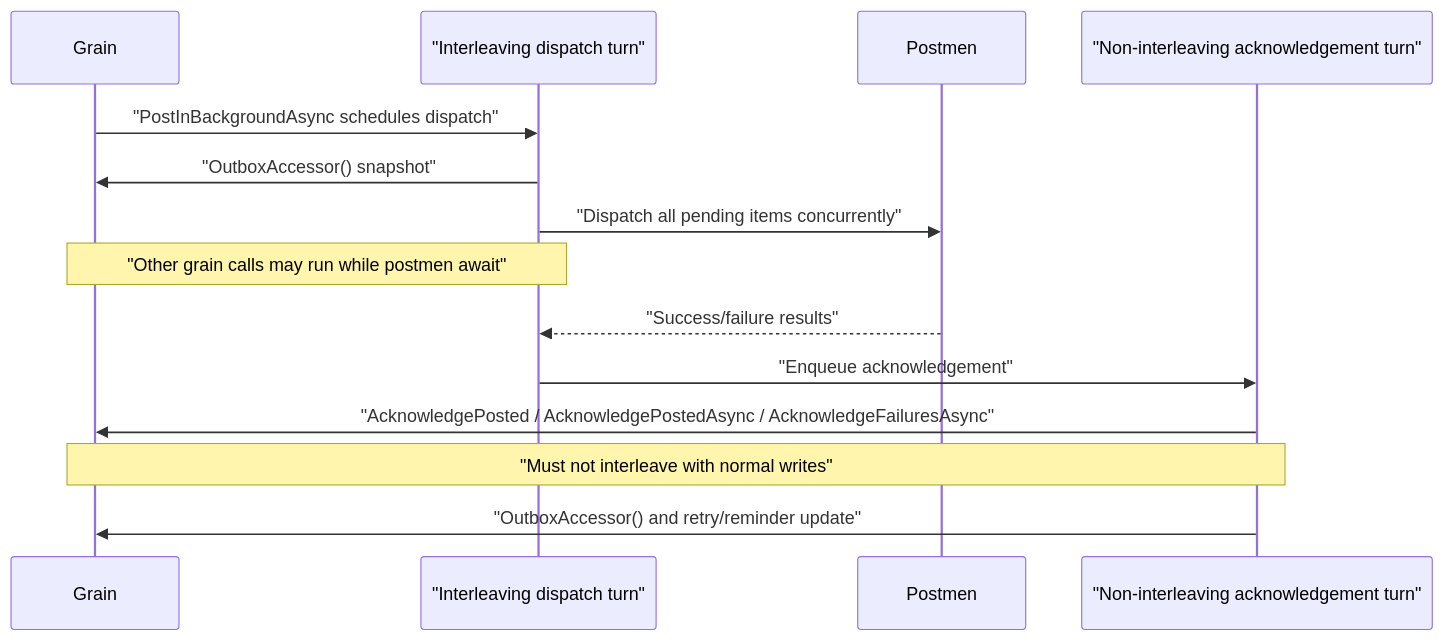
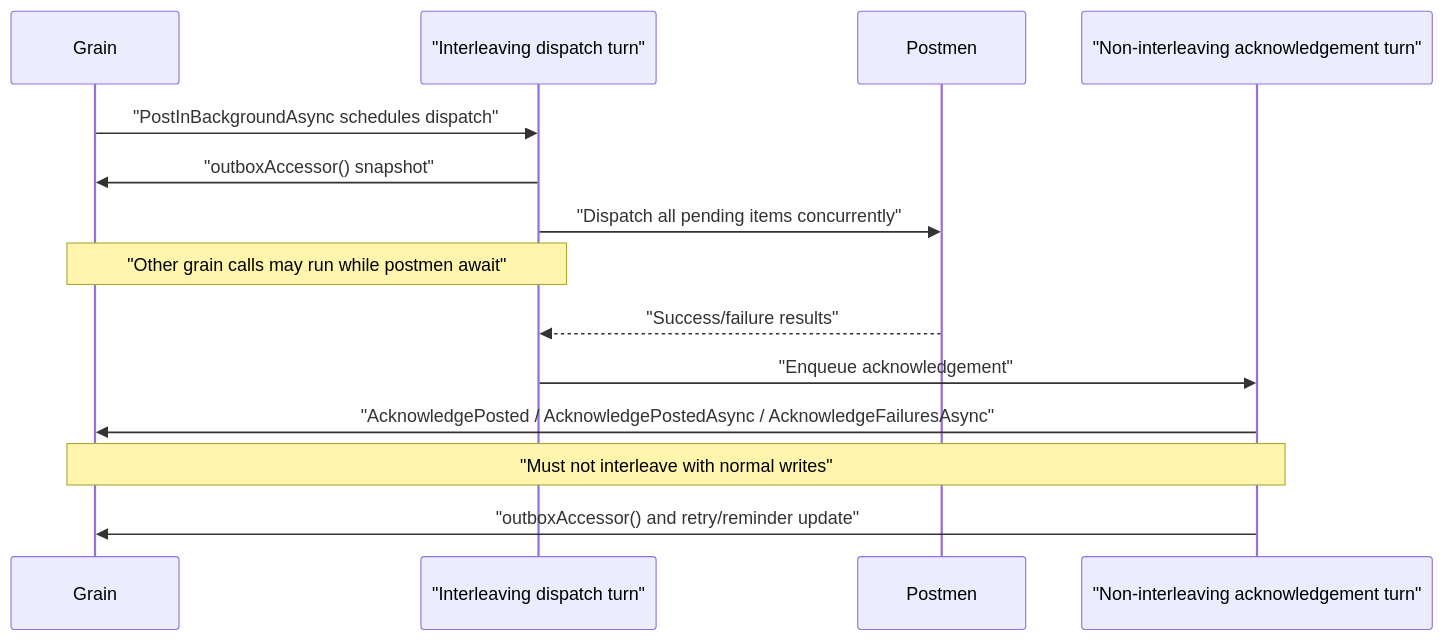
The second of 2 diagrams in Egil.Orleans.Messaging/api-design.md (egil/framework), drawn with Mermaid before and after one commit. The commit also changed other lines of this file and 16 other files, not shown here.

````diff
--- a/Egil.Orleans.Messaging/api-design.md
+++ b/Egil.Orleans.Messaging/api-design.md
@@ -1893,17 +1893,17 @@
 ```mermaid
 sequenceDiagram
     participant Grain
     participant Dispatch as "Interleaving dispatch turn"
     participant Postmen
     participant Ack as "Non-interleaving acknowledgement turn"
 
     Grain->>Dispatch: "PostInBackgroundAsync schedules dispatch"
-    Dispatch->>Grain: "OutboxAccessor() snapshot"
+    Dispatch->>Grain: "outboxAccessor() snapshot"
     Dispatch->>Postmen: "Dispatch all pending items concurrently"
     Note over Dispatch,Grain: "Other grain calls may run while postmen await"
     Postmen-->>Dispatch: "Success/failure results"
     Dispatch->>Ack: "Enqueue acknowledgement"
     Ack->>Grain: "AcknowledgePosted / AcknowledgePostedAsync / AcknowledgeFailuresAsync"
     Note over Ack,Grain: "Must not interleave with normal writes"
-    Ack->>Grain: "OutboxAccessor() and retry/reminder update"
+    Ack->>Grain: "outboxAccessor() and retry/reminder update"
 ```
````
